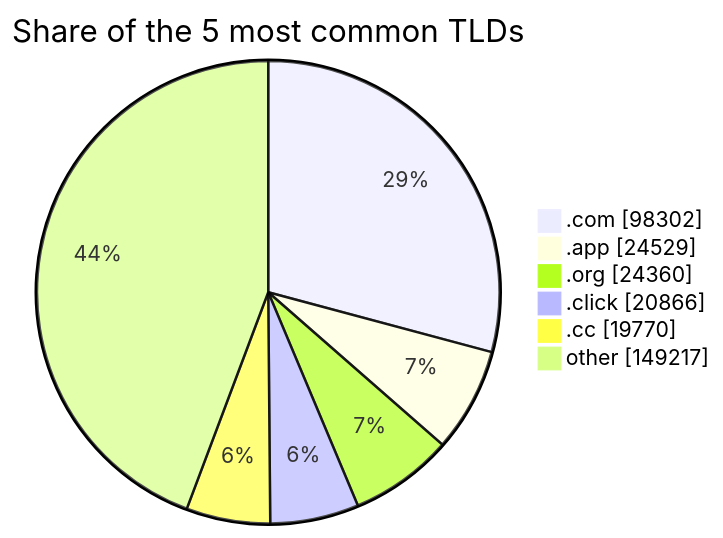
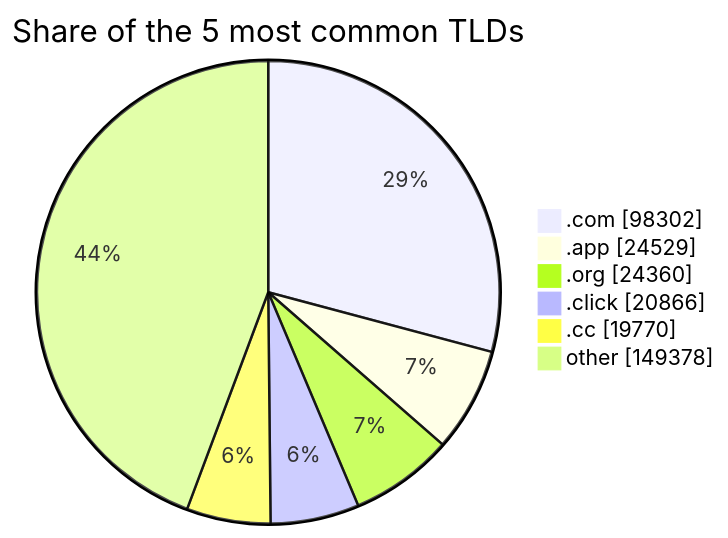
The third of 3 diagrams in README.md (DNSBunker/CTI), drawn with Mermaid before and after one commit. The commit also changed other lines of this file and 3 other files, not shown here.

````diff
--- a/README.md
+++ b/README.md
@@ -81,9 +81,9 @@
 ```mermaid
 pie showData title Share of the 5 most common TLDs
     ".com" : 98302
     ".app" : 24529
     ".org" : 24360
     ".click" : 20866
     ".cc" : 19770
-    "other" : 149217
+    "other" : 149378
 ```
````
